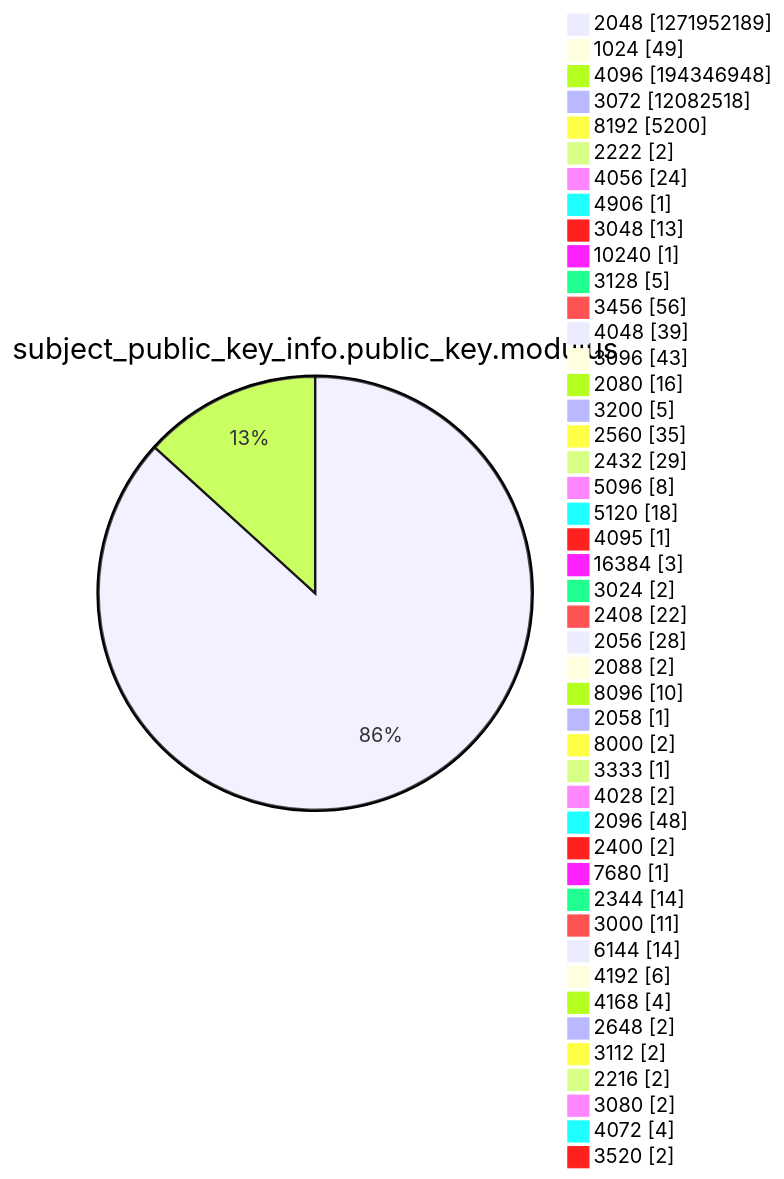
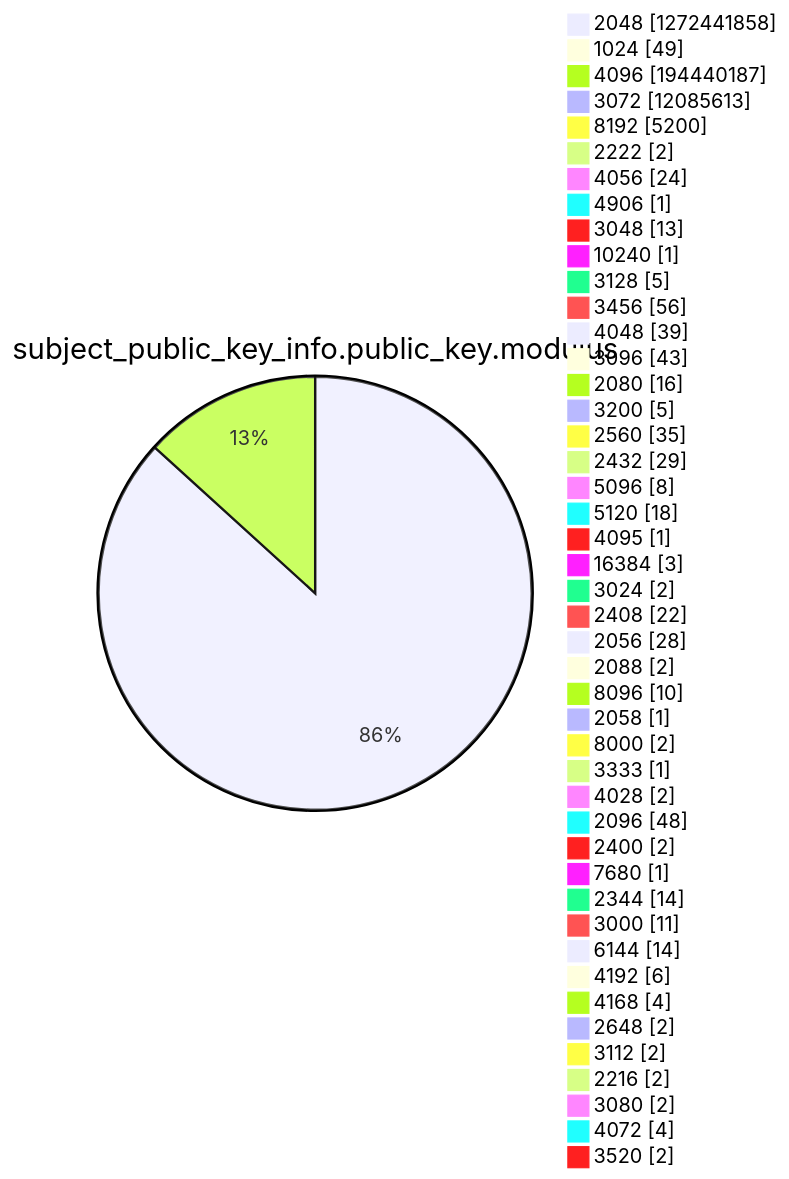
Diagram 13 of 15 in xenon2022/README.md (christiankrug/ctmonitor_visualization), drawn with Mermaid before and after one commit. The commit also changed other lines of this file, not shown here.

````diff
--- a/xenon2022/README.md
+++ b/xenon2022/README.md
@@ -3920,49 +3920,49 @@
 ```mermaid
 pie showData
 title subject_public_key_info.public_key.modulus
-"2048" :1271952189
+"2048" :1272441858
 "1024" :49
-"4096" :194346948
-"3072" :12082518
+"4096" :194440187
+"3072" :12085613
 "8192" :5200
 "2222" :2
 "4056" :24
 "4906" :1
 "3048" :13
 "10240" :1
 "3128" :5
 "3456" :56
 "4048" :39
 "3096" :43
 "2080" :16
 "3200" :5
 "2560" :35
 "2432" :29
 "5096" :8
 "5120" :18
 "4095" :1
 "16384" :3
 "3024" :2
 "2408" :22
 "2056" :28
 "2088" :2
 "8096" :10
 "2058" :1
 "8000" :2
 "3333" :1
 "4028" :2
 "2096" :48
 "2400" :2
 "7680" :1
 "2344" :14
 "3000" :11
 "6144" :14
 "4192" :6
 "4168" :4
 "2648" :2
 "3112" :2
 "2216" :2
 "3080" :2
 "4072" :4
 "3520" :2
 ```
````
